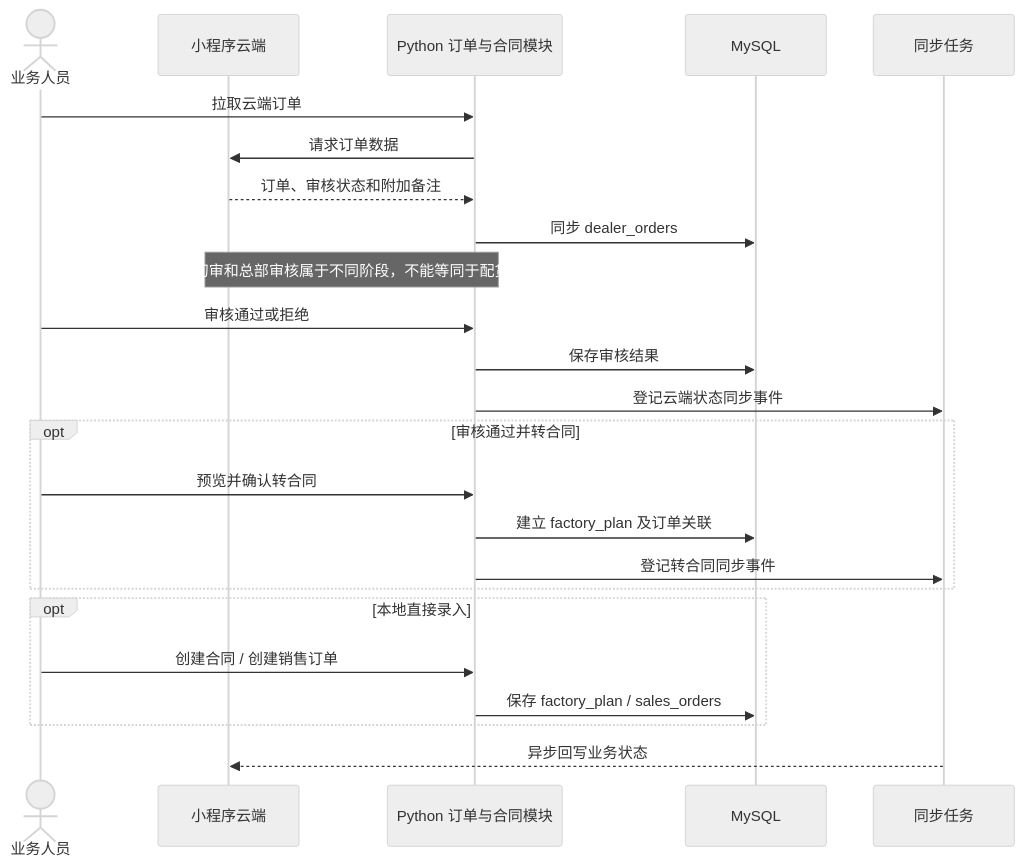
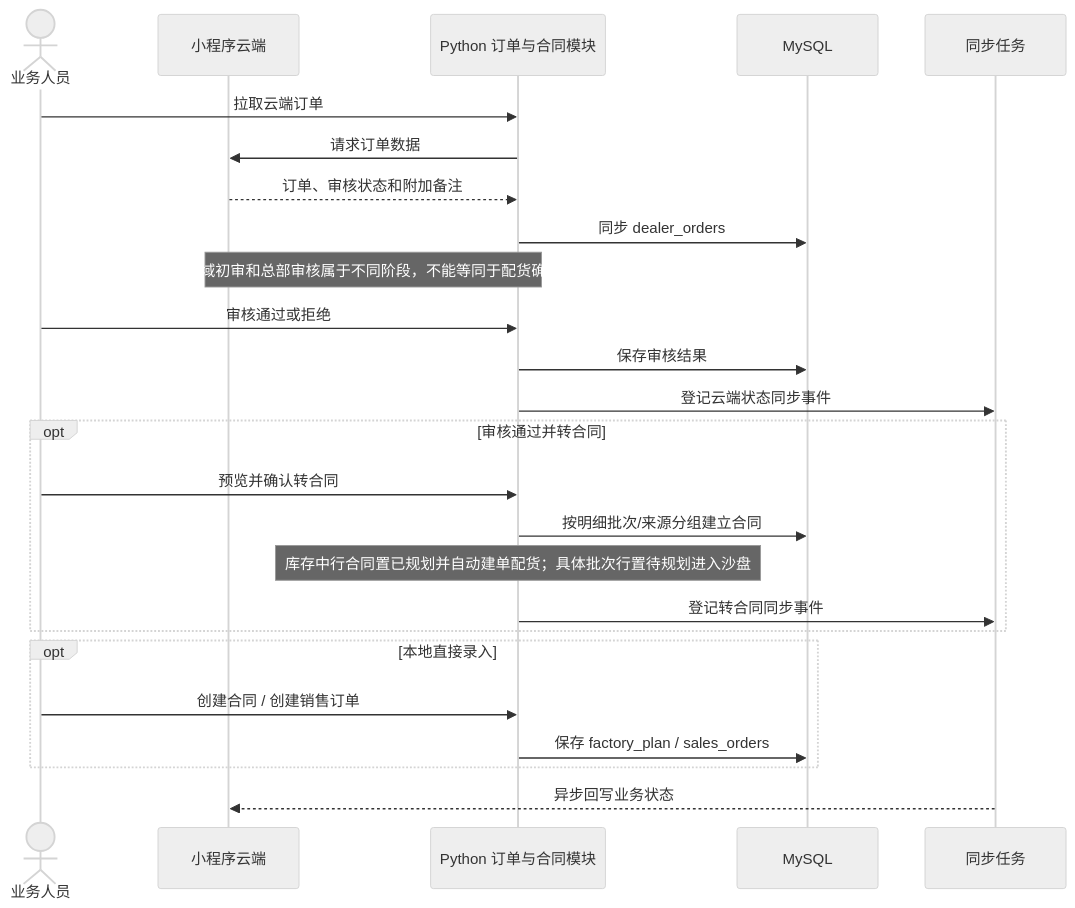
Before and after one commit to 3gU11/project1: the third of 8 diagrams in docs/BUSINESS_SEQUENCE_ARCHITECTURE.md, drawn with Mermaid (neutral theme). The commit also changed other lines of this file and 9 other files, not shown here.

````diff
--- a/docs/BUSINESS_SEQUENCE_ARCHITECTURE.md
+++ b/docs/BUSINESS_SEQUENCE_ARCHITECTURE.md
@@ -76,26 +76,27 @@
 ```mermaid
 sequenceDiagram
     actor U as 业务人员
     participant C as 小程序云端
     participant P as Python 订单与合同模块
     participant D as MySQL
     participant O as 同步任务
     U->>P: 拉取云端订单
     P->>C: 请求订单数据
     C-->>P: 订单、审核状态和附加备注
     P->>D: 同步 dealer_orders
     Note over C,P: 区域初审和总部审核属于不同阶段，不能等同于配货确认
     U->>P: 审核通过或拒绝
     P->>D: 保存审核结果
     P->>O: 登记云端状态同步事件
     opt 审核通过并转合同
         U->>P: 预览并确认转合同
-        P->>D: 建立 factory_plan 及订单关联
+        P->>D: 按明细批次/来源分组建立合同
+        Note over P: 库存中行合同置已规划并自动建单配货；具体批次行置待规划进入沙盘
         P->>O: 登记转合同同步事件
     end
     opt 本地直接录入
         U->>P: 创建合同 / 创建销售订单
         P->>D: 保存 factory_plan / sales_orders
     end
     O-->>C: 异步回写业务状态
 ```
````
